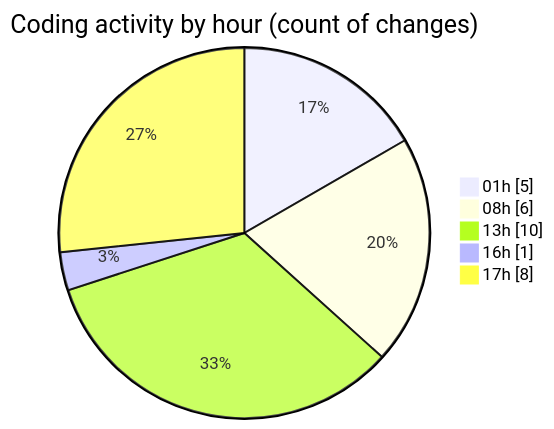
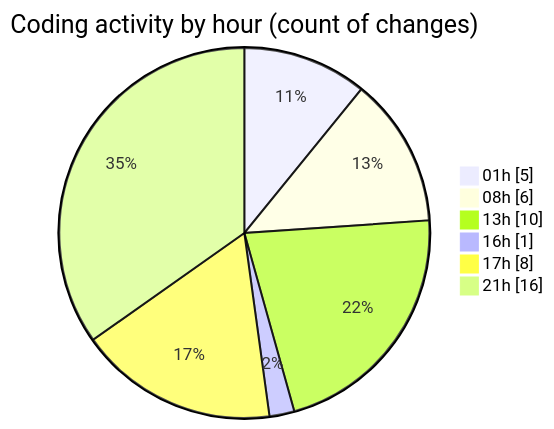
Before and after one commit to tmsrecording-cyber/code-tracking: the second of 2 diagrams in 2026-02-04/singularitybrainai/README.md, drawn with Mermaid. The commit also changed other lines of this file and 1 other file, not shown here.

````diff
--- a/2026-02-04/singularitybrainai/README.md
+++ b/2026-02-04/singularitybrainai/README.md
@@ -32,9 +34,10 @@
 ```mermaid
 pie showData
 title Coding activity by hour (count of changes)
 "01h" : 5
 "08h" : 6
 "13h" : 10
 "16h" : 1
 "17h" : 8
+"21h" : 16
 ```
````
